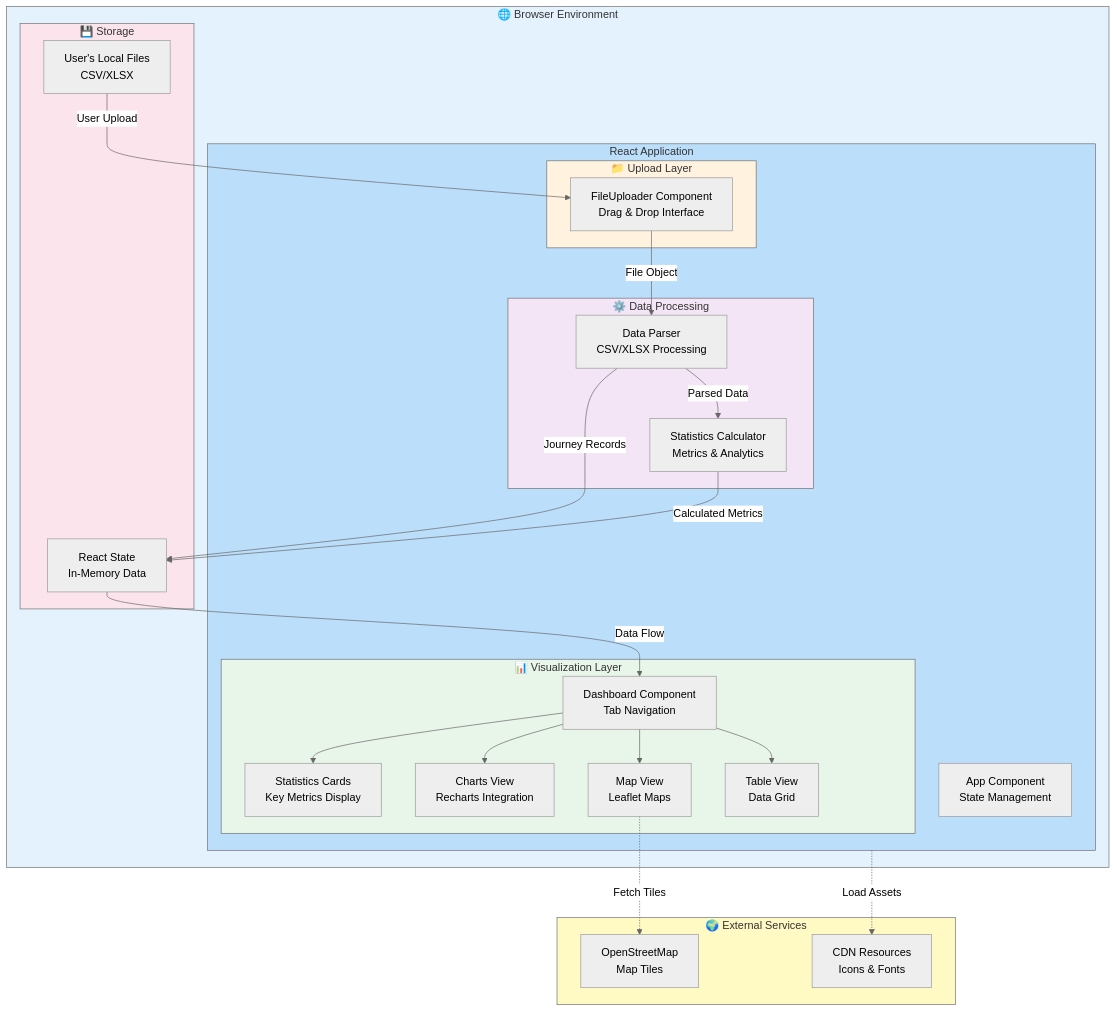
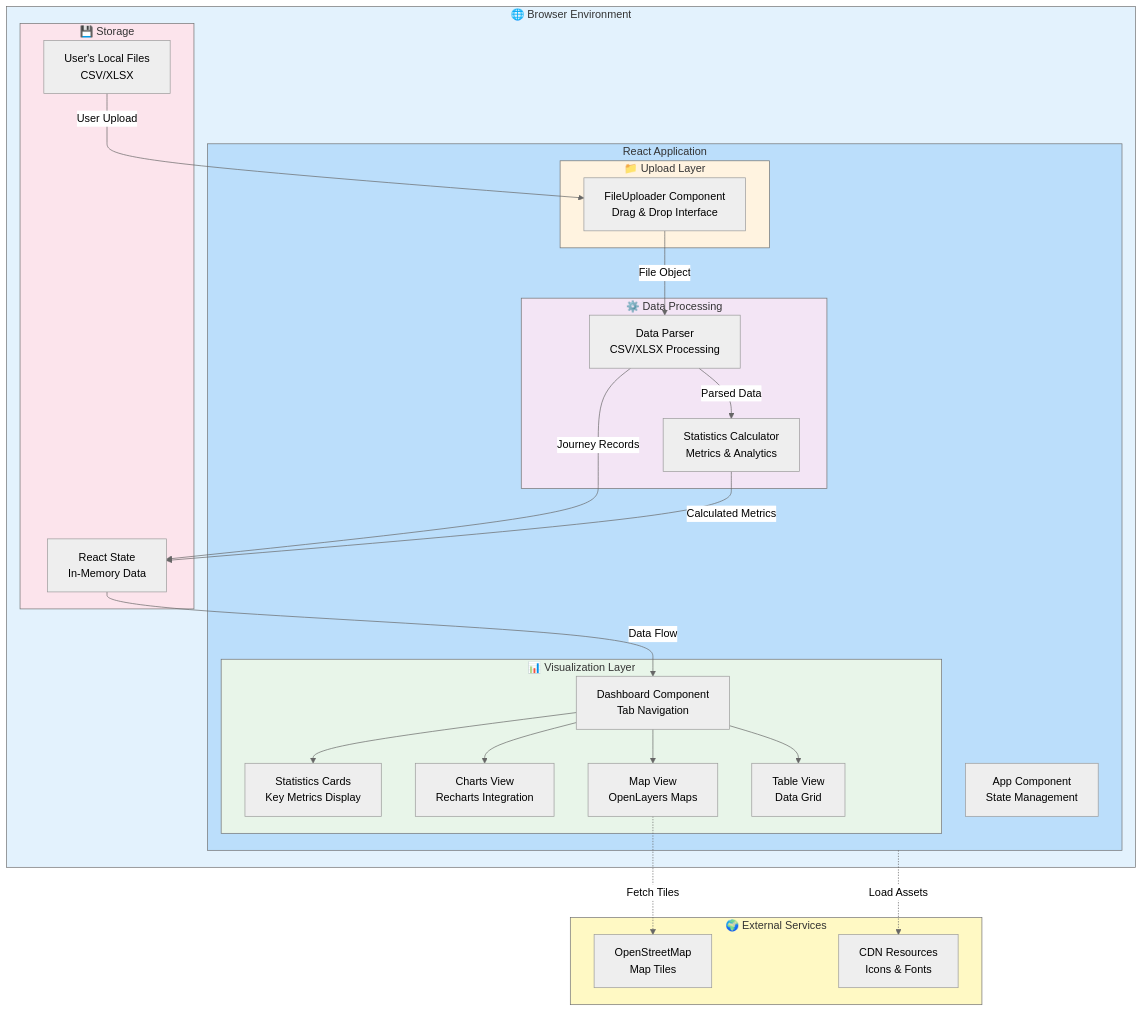
Before and after one commit to Polestar-OSS/polestar-journey-log-explorer: the diagram in docs/diagrams/system-architecture.md, drawn with Mermaid (neutral theme). The commit also changed 4 other files, not shown here.

Commit message:
Updated Map View

````diff
--- a/docs/diagrams/system-architecture.md
+++ b/docs/diagrams/system-architecture.md
@@ -5,56 +5,56 @@
 ```mermaid
 graph TB
     subgraph Browser["🌐 Browser Environment"]
         subgraph UI["React Application"]
             App[App Component<br/>State Management]
             
             subgraph Upload["📁 Upload Layer"]
                 FileUpload[FileUploader Component<br/>Drag & Drop Interface]
             end
             
             subgraph Processing["⚙️ Data Processing"]
                 Parser[Data Parser<br/>CSV/XLSX Processing]
                 Stats[Statistics Calculator<br/>Metrics & Analytics]
             end
             
             subgraph Visualization["📊 Visualization Layer"]
                 Dashboard[Dashboard Component<br/>Tab Navigation]
                 StatsCards[Statistics Cards<br/>Key Metrics Display]
                 Charts[Charts View<br/>Recharts Integration]
-                Map[Map View<br/>Leaflet Maps]
+                Map[Map View<br/>OpenLayers Maps]
                 Table[Table View<br/>Data Grid]
             end
         end
         
         subgraph Storage["💾 Storage"]
             State[React State<br/>In-Memory Data]
             LocalFile[User's Local Files<br/>CSV/XLSX]
         end
     end
     
     subgraph External["🌍 External Services"]
         OSM[OpenStreetMap<br/>Map Tiles]
         CDN[CDN Resources<br/>Icons & Fonts]
     end
     
     LocalFile -->|User Upload| FileUpload
     FileUpload -->|File Object| Parser
     Parser -->|Parsed Data| Stats
     Parser -->|Journey Records| State
     Stats -->|Calculated Metrics| State
     State -->|Data Flow| Dashboard
     Dashboard --> StatsCards
     Dashboard --> Charts
     Dashboard --> Map
     Dashboard --> Table
     Map -.->|Fetch Tiles| OSM
     UI -.->|Load Assets| CDN
     
     style Browser fill:#e3f2fd
     style UI fill:#bbdefb
     style Upload fill:#fff3e0
     style Processing fill:#f3e5f5
     style Visualization fill:#e8f5e9
     style Storage fill:#fce4ec
     style External fill:#fff9c4
 ```
````
